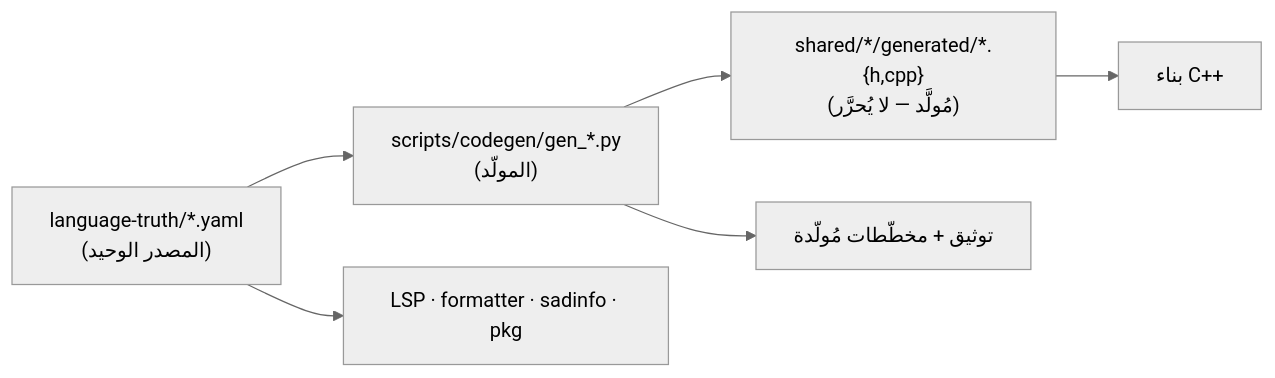
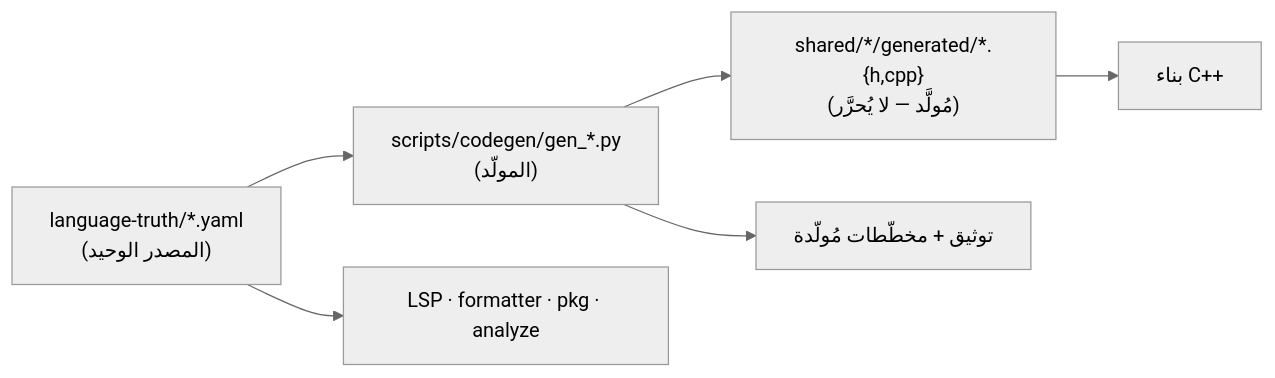
Before and after one commit to sadlang/dev-guide: the diagram in src/sot/philosophy.md, drawn with Mermaid (neutral theme). The commit also changed 22 other files, not shown here.

````diff
--- a/src/sot/philosophy.md
+++ b/src/sot/philosophy.md
@@ -14,8 +14,8 @@
 ```mermaid
 flowchart LR
   Y["language-truth/*.yaml<br/>(المصدر الوحيد)"] --> GEN["scripts/codegen/gen_*.py<br/>(المولّد)"]
   GEN --> CPP["shared/*/generated/*.{h,cpp}<br/>(مُولَّد — لا يُحرَّر)"]
   GEN --> DOC["توثيق + مخطّطات مُولَّدة"]
-  Y --> TOOLS["LSP · formatter · sadinfo · pkg"]
+  Y --> TOOLS["LSP · formatter · pkg · analyze"]
   CPP --> BUILD["بناء C++"]
 ```
````
